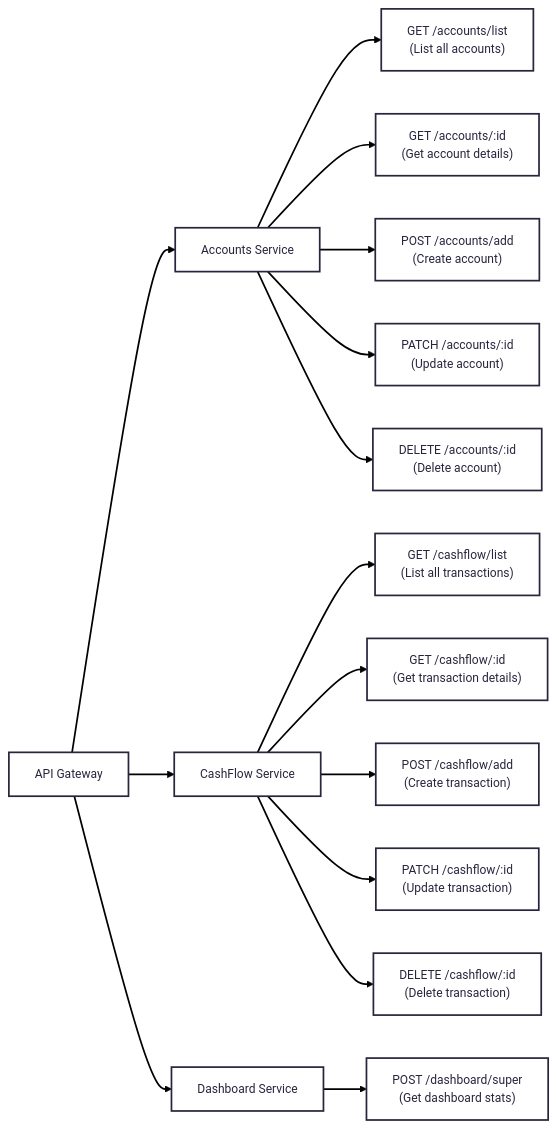
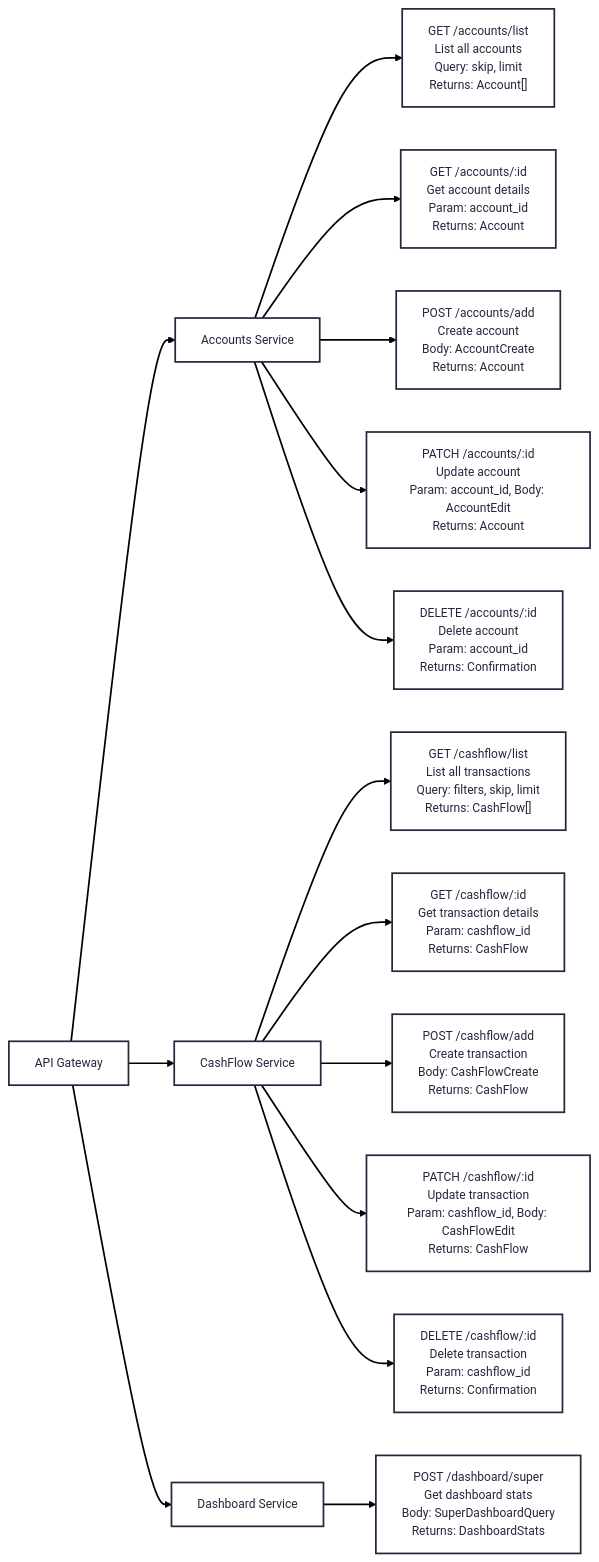
Before and after one commit to adithya-adee/CashFlow: the diagram in design/backend_endpoints.mermaid, drawn with Mermaid.

Commit message:
Update design

```diff
--- a/design/backend_endpoints.mermaid
+++ b/design/backend_endpoints.mermaid
@@ -1,10 +1,10 @@
 ---
 config:
   theme: redux
   layout: dagre
 ---
 flowchart LR
     API["API Gateway"] --> ACC["Accounts Service"] & CF["CashFlow Service"] & DB["Dashboard Service"]
-    ACC --> A1["GET /accounts/list<br>(List all accounts)"] & A2["GET /accounts/:id<br>(Get account details)"] & A3["POST /accounts/add<br>(Create account)"] & A4["PATCH /accounts/:id<br>(Update account)"] & A5["DELETE /accounts/:id<br>(Delete account)"]
-    CF --> C1["GET /cashflow/list<br>(List all transactions)"] & C2["GET /cashflow/:id<br>(Get transaction details)"] & C3["POST /cashflow/add<br>(Create transaction)"] & C4["PATCH /cashflow/:id<br>(Update transaction)"] & C5["DELETE /cashflow/:id<br>(Delete transaction)"]
-    DB --> D1["POST /dashboard/super<br>(Get dashboard stats)"]
+    ACC --> A1["GET /accounts/list<br>List all accounts<br>Query: skip, limit<br>Returns: Account[]"] & A2["GET /accounts/:id<br>Get account details<br>Param: account_id<br>Returns: Account"] & A3["POST /accounts/add<br>Create account<br>Body: AccountCreate<br>Returns: Account"] & A4["PATCH /accounts/:id<br>Update account<br>Param: account_id, Body: AccountEdit<br>Returns: Account"] & A5["DELETE /accounts/:id<br>Delete account<br>Param: account_id<br>Returns: Confirmation"]
+    CF --> C1["GET /cashflow/list<br>List all transactions<br>Query: filters, skip, limit<br>Returns: CashFlow[]"] & C2["GET /cashflow/:id<br>Get transaction details<br>Param: cashflow_id<br>Returns: CashFlow"] & C3["POST /cashflow/add<br>Create transaction<br>Body: CashFlowCreate<br>Returns: CashFlow"] & C4["PATCH /cashflow/:id<br>Update transaction<br>Param: cashflow_id, Body: CashFlowEdit<br>Returns: CashFlow"] & C5["DELETE /cashflow/:id<br>Delete transaction<br>Param: cashflow_id<br>Returns: Confirmation"]
+    DB --> D1["POST /dashboard/super<br>Get dashboard stats<br>Body: SuperDashboardQuery<br>Returns: DashboardStats"]
```
